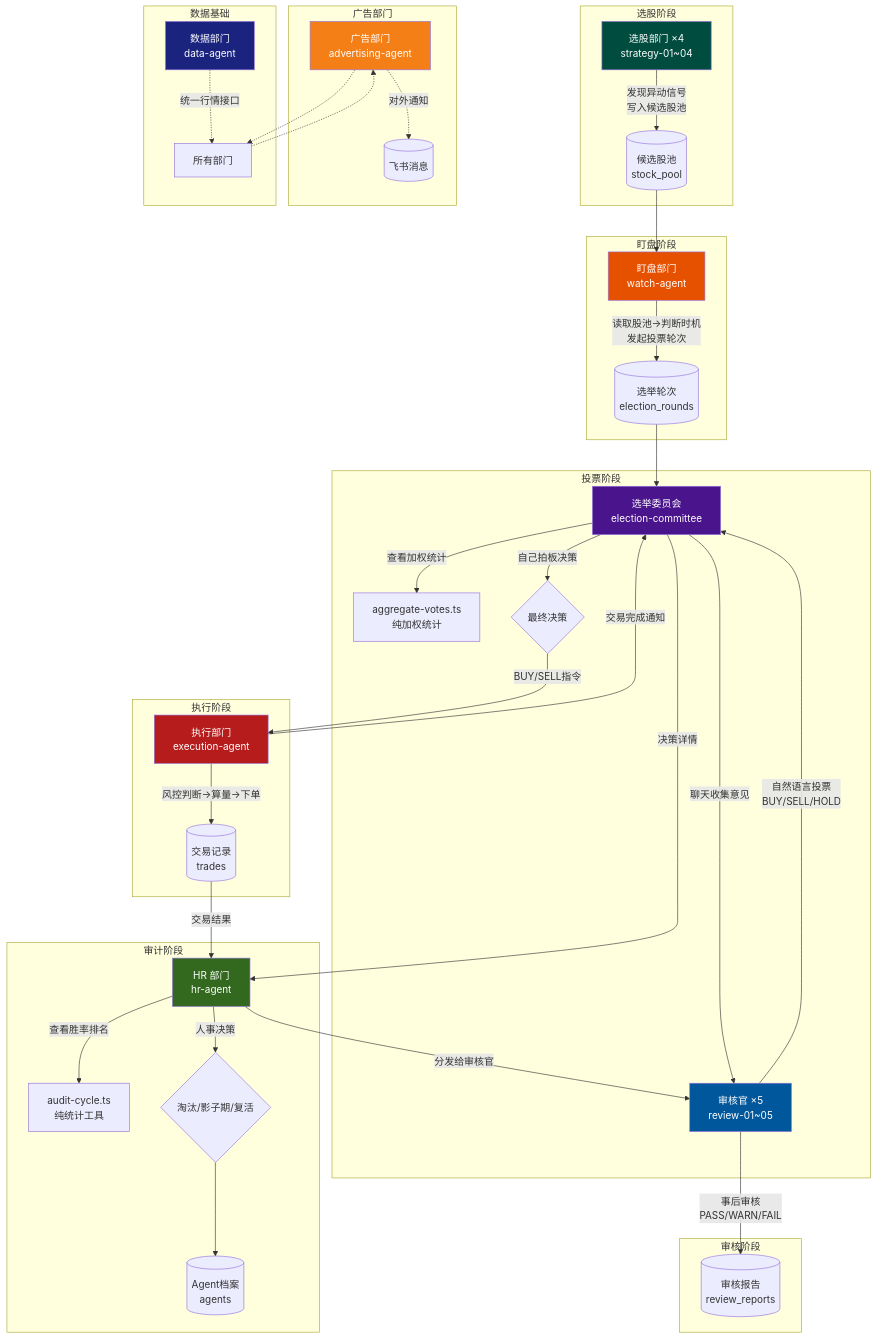
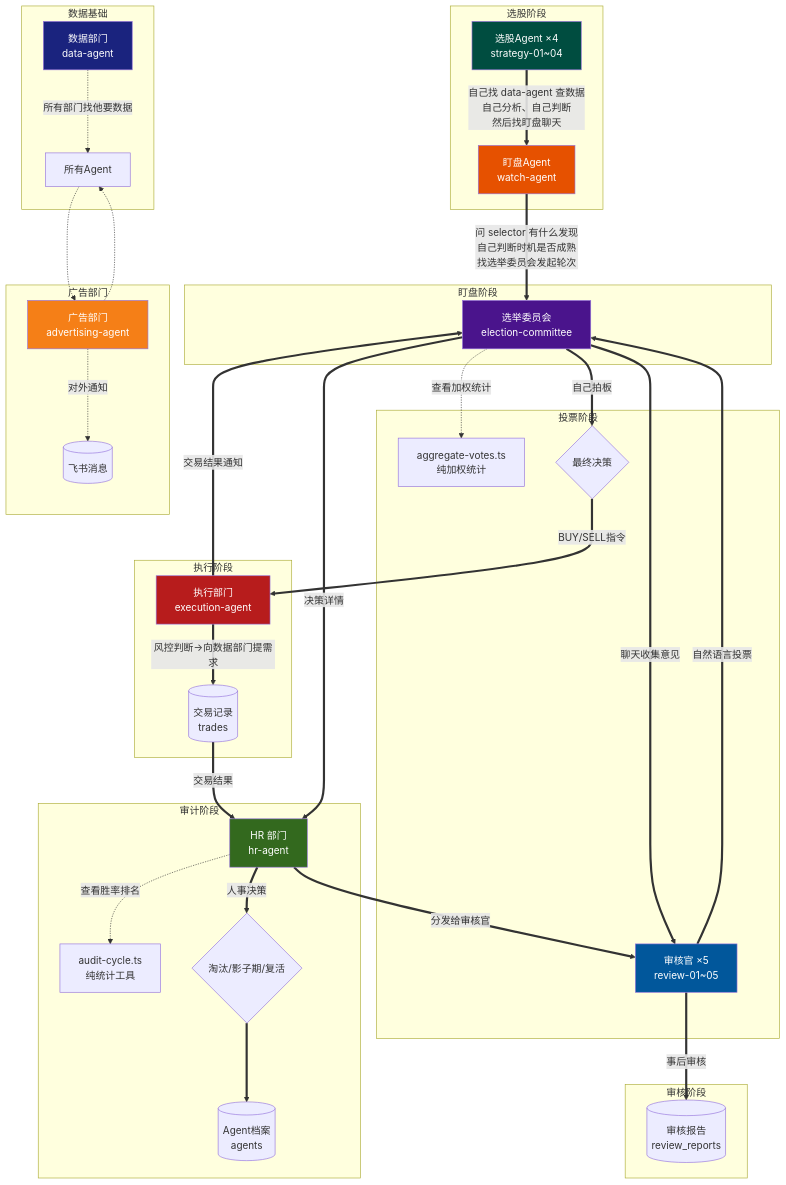
One commit to fantian007/hermes-trading-system changed the first of 5 diagrams in docs/architecture.md. Above: the diagram before and after it, drawn with Mermaid. The commit also changed other lines of this file and 18 other files, not shown here.

````diff
--- a/docs/architecture.md
+++ b/docs/architecture.md
@@ -24,58 +29,56 @@
 ```mermaid
 graph TB
     subgraph "选股阶段"
-        SELECTOR[选股部门 ×4<br/>strategy-01~04] -->|"发现异动信号<br/>写入候选股池"| POOL[(候选股池<br/>stock_pool)]
+        SELECTOR[选股Agent ×4<br/>strategy-01~04] ==>|"自己找 data-agent 查数据<br/>自己分析、自己判断<br/>然后找盯盘聊天"| WATCH
     end
 
     subgraph "盯盘阶段"
-        POOL --> WATCH[盯盘部门<br/>watch-agent]
-        WATCH -->|"读取股池→判断时机<br/>发起投票轮次"| ROUND[(选举轮次<br/>election_rounds)]
+        WATCH[盯盘Agent<br/>watch-agent] ==>|"问 selector 有什么发现<br/>自己判断时机是否成熟<br/>找选举委员会发起轮次"| EC[选举委员会<br/>election-committee]
     end
 
     subgraph "投票阶段"
-        ROUND --> EC[选举委员会<br/>election-committee]
-        EC -->|"聊天收集意见"| REVIEW[审核官 ×5<br/>review-01~05]
-        REVIEW -->|"自然语言投票<br/>BUY/SELL/HOLD"| EC
-        EC -->|"查看加权统计"| AGG[aggregate-votes.ts<br/>纯加权统计]
-        EC -->|"自己拍板决策"| DECISION{最终决策}
+        EC ==>|"聊天收集意见"| REVIEW[审核官 ×5<br/>review-01~05]
+        REVIEW ==>|"自然语言投票"| EC
+        EC -.->|"查看加权统计"| AGG[aggregate-votes.ts<br/>纯加权统计]
+        EC ==>|"自己拍板"| DECISION{最终决策}
     end
 
     subgraph "执行阶段"
-        DECISION -->|"BUY/SELL指令"| EXEC[执行部门<br/>execution-agent]
-        EXEC -->|"风控判断→算量→下单"| TRADE[(交易记录<br/>trades)]
-        EXEC -->|"交易完成通知"| EC
+        DECISION ==>|"BUY/SELL指令"| EXEC[执行部门<br/>execution-agent]
+        EXEC ==>|"风控判断→向数据部门提需求"| TRADE[(交易记录<br/>trades)]
+        EXEC ==>|"交易结果通知"| EC
     end
 
     subgraph "审计阶段"
-        TRADE -->|"交易结果"| AUDITOR[HR 部门<br/>hr-agent]
-        AUDITOR -->|"查看胜率排名"| STATS[audit-cycle.ts<br/>纯统计工具]
-        AUDITOR -->|"人事决策"| PERSONNEL{淘汰/影子期/复活}
-        PERSONNEL --> AGENTS[(Agent档案<br/>agents)]
+        TRADE ==>|"交易结果"| AUDITOR[HR 部门<br/>hr-agent]
+        AUDITOR -.->|"查看胜率排名"| STATS[audit-cycle.ts<br/>纯统计工具]
+        AUDITOR ==>|"人事决策"| PERSONNEL{淘汰/影子期/复活}
+        PERSONNEL ==> AGENTS[(Agent档案<br/>agents)]
     end
 
     subgraph "审核阶段"
-        EC -->|"决策详情"| AUDITOR
-        AUDITOR -->|"分发给审核官"| REVIEW
-        REVIEW -->|"事后审核<br/>PASS/WARN/FAIL"| REPORTS[(审核报告<br/>review_reports)]
+        EC ==>|"决策详情"| AUDITOR
+        AUDITOR ==>|"分发给审核官"| REVIEW
+        REVIEW ==>|"事后审核"| REPORTS[(审核报告<br/>review_reports)]
+    end
+
+    subgraph "数据基础"
+        DATA[数据部门<br/>data-agent] -.->|"所有部门找他要数据"| ALL[所有Agent]
     end
 
     subgraph "广告部门"
         AD[广告部门<br/>advertising-agent] -.->|"对外通知"| FEISHU[(飞书消息)]
-    end
-
-    subgraph "数据基础"
-        DATA[数据部门<br/>data-agent] -.->|"统一行情接口"| ALL[所有部门]
     end
 
     AD -.-> ALL
     ALL -.-> AD
 
     style AD fill:#f57f17,color:#fff
     style DATA fill:#1a237e,color:#fff
     style SELECTOR fill:#004d40,color:#fff
     style WATCH fill:#e65100,color:#fff
     style EC fill:#4a148c,color:#fff
     style REVIEW fill:#01579b,color:#fff
     style EXEC fill:#b71c1c,color:#fff
     style AUDITOR fill:#33691e,color:#fff
 ```
````
